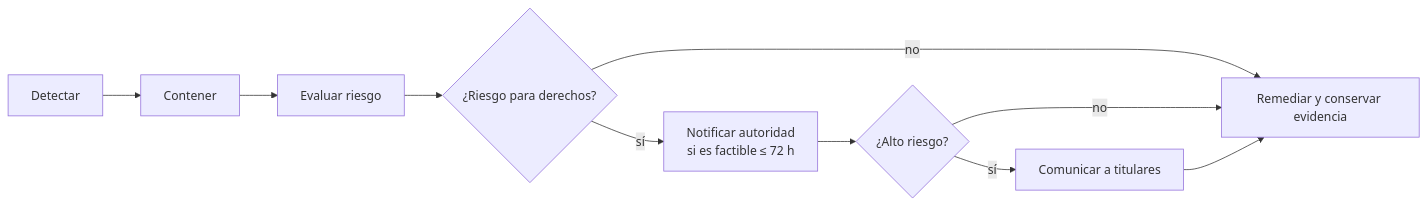
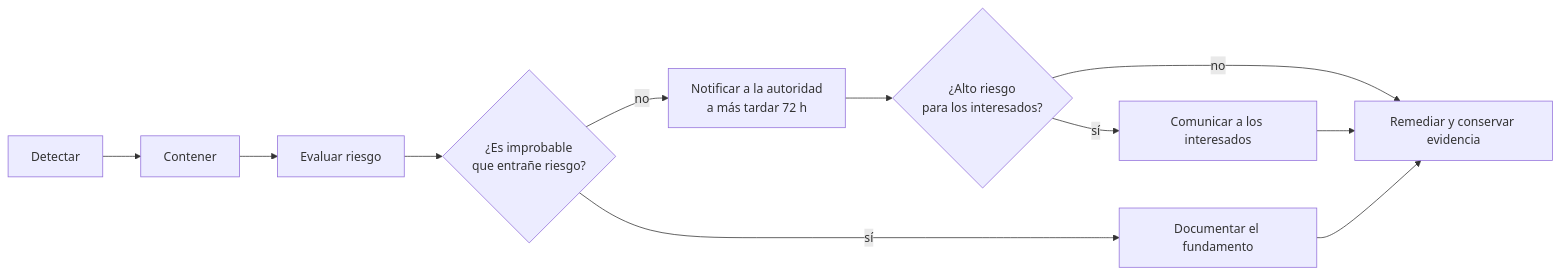
The second of 2 diagrams in src/content/docs/bbdd-aplicadas/unidad-6/teoria/gdpr.md (unlam-informatica/unlam-informatica.github.io), drawn with Mermaid before and after one commit. The commit also changed other lines of this file and 100 other files, not shown here.

````diff
--- a/src/content/docs/bbdd-aplicadas/unidad-6/teoria/gdpr.md
+++ b/src/content/docs/bbdd-aplicadas/unidad-6/teoria/gdpr.md
@@ -83,12 +121,13 @@
 ```mermaid
 flowchart LR
     D[Detectar] --> C[Contener]
     C --> R[Evaluar riesgo]
-    R --> A{¿Riesgo para derechos?}
-    A -->|sí| N[Notificar autoridad<br/>si es factible ≤ 72 h]
-    A -->|no| E[Documentar fundamento]
-    N --> H{¿Alto riesgo?}
-    H -->|sí| T[Comunicar a titulares]
-    H -->|no| E
-    T --> E[Remediar y conservar evidencia]
+    R --> A{¿Es improbable<br/>que entrañe riesgo?}
+    A -->|sí| F[Documentar el fundamento]
+    A -->|no| N[Notificar a la autoridad<br/>a más tardar 72 h]
+    N --> H{¿Alto riesgo<br/>para los interesados?}
+    H -->|sí| T[Comunicar a los interesados]
+    H -->|no| E[Remediar y conservar evidencia]
+    T --> E
+    F --> E
 ```
````
